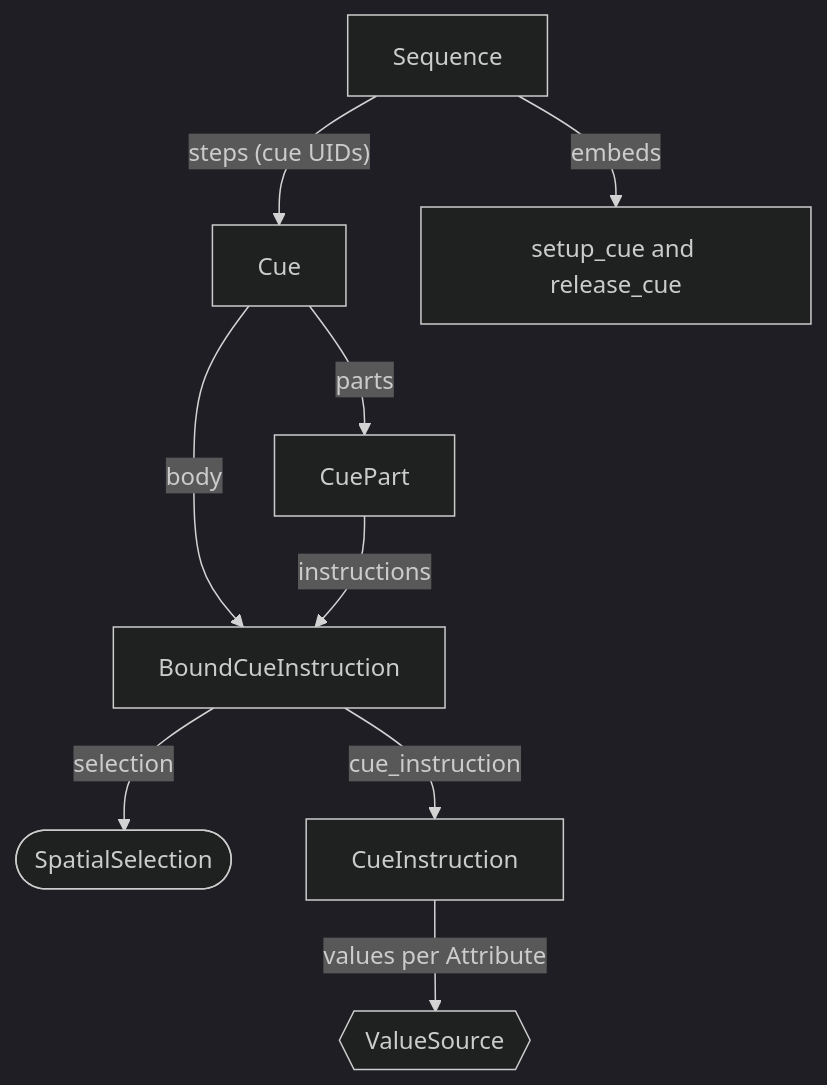
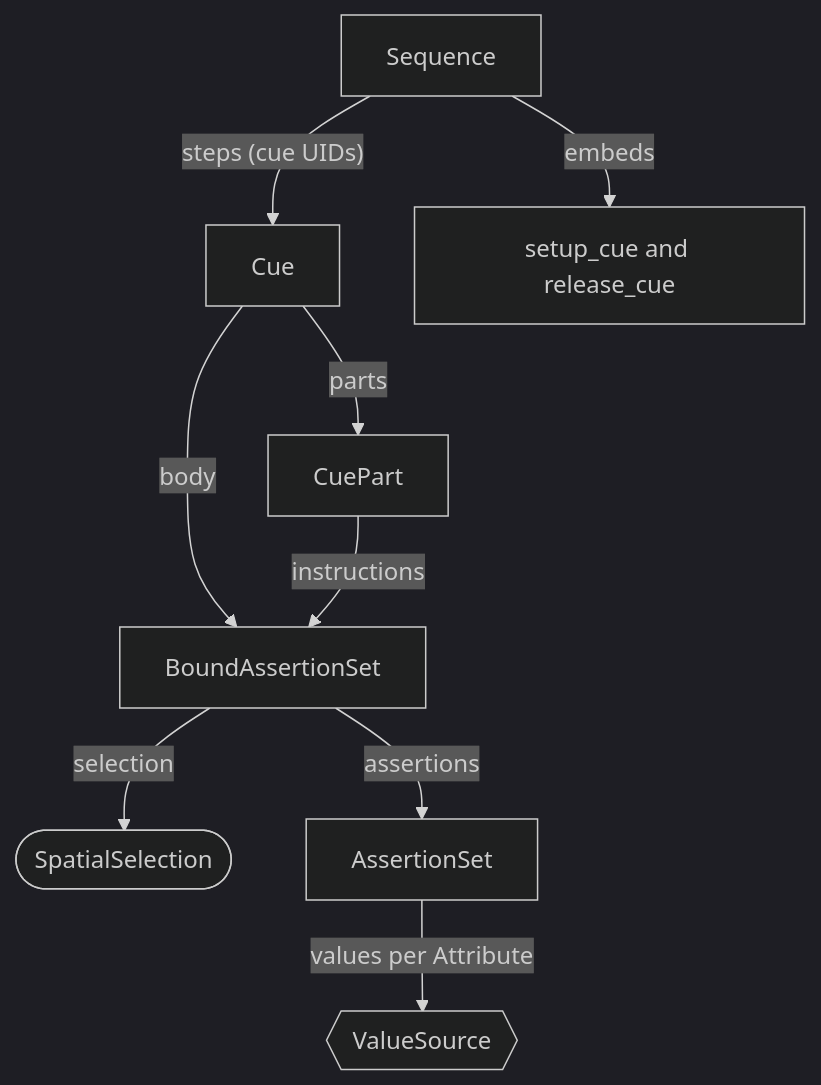
The first of 4 diagrams in docs/internal/src/domains/cues-and-sequences.md (stewartadam/nightfall-lightdesk), drawn with Mermaid (dark theme) before and after one commit. The commit also changed other lines of this file and 7 other files, not shown here.

````diff
--- a/docs/internal/src/domains/cues-and-sequences.md
+++ b/docs/internal/src/domains/cues-and-sequences.md
@@ -13,13 +13,13 @@
 ```mermaid
 flowchart TB
   accTitle: Authored cue and sequence types
-  accDescr: A Sequence lists Cue UIDs as its steps and embeds a setup cue and a release cue. A Cue has body instructions and optional CueParts, which have their own instructions. Each BoundCueInstruction pairs a SpatialSelection with a CueInstruction, which maps attributes to ValueSources.
+  accDescr: A Sequence lists Cue UIDs as its steps and embeds a setup cue and a release cue. A Cue has body instructions and optional CueParts, which have their own instructions. Each BoundAssertionSet pairs a SpatialSelection with an AssertionSet, which maps attributes to ValueSources.
   sequence[Sequence] -- "steps (cue UIDs)" --> cue[Cue]
   sequence -- embeds --> builtin["setup_cue and release_cue"]
-  cue -- body --> bound[BoundCueInstruction]
+  cue -- body --> bound[BoundAssertionSet]
   cue -- parts --> part[CuePart]
   part -- instructions --> bound
   bound -- selection --> selection([SpatialSelection])
-  bound -- cue_instruction --> instruction[CueInstruction]
+  bound -- assertions --> instruction[AssertionSet]
   instruction -- "values per Attribute" --> source{{ValueSource}}
 ```
````
